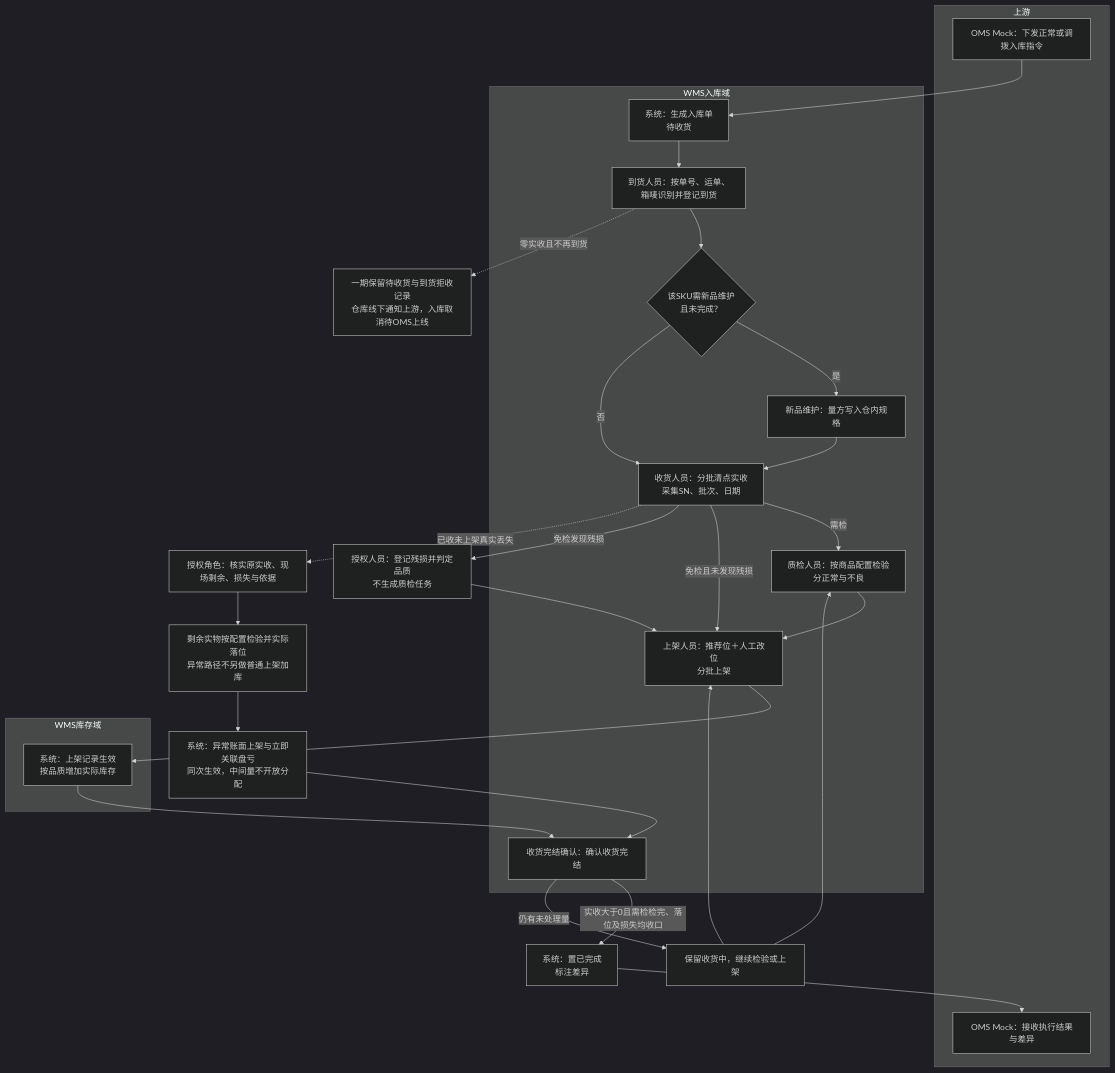
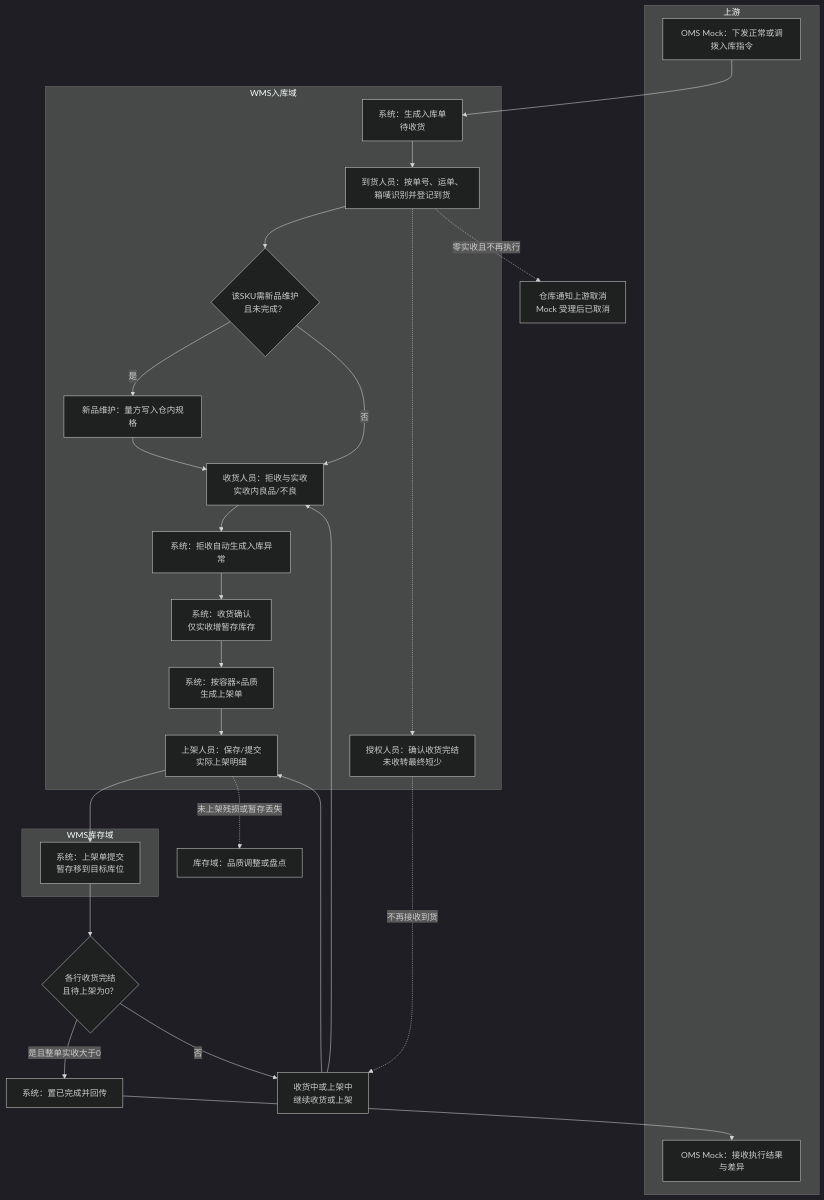
The second of 6 diagrams in 05-应用设计方案/20261002-MVP版本/系统架构设计/01-系统流程与单据交互.md (TopVitamin/QS-WMS-Project), drawn with Mermaid (dark theme) before and after one commit. The commit also changed other lines of this file and 151 other files, not shown here.

````diff
--- a/05-应用设计方案/20261002-MVP版本/系统架构设计/01-系统流程与单据交互.md
+++ b/05-应用设计方案/20261002-MVP版本/系统架构设计/01-系统流程与单据交互.md
@@ -66,43 +72,43 @@
 ```mermaid
 flowchart TB
     subgraph 上游
         M1[OMS Mock：下发正常或调拨入库指令]
         M2[OMS Mock：接收执行结果与差异]
     end
     subgraph WMS入库域
         E1[系统：生成入库单<br/>待收货]
         R1[到货人员：按单号、运单、<br/>箱唛识别并登记到货]
         NM{该SKU需新品维护<br/>且未完成？}
         NP[新品维护：量方写入仓内规格]
-        R2[收货人员：分批清点实收<br/>采集SN、批次、日期]
-        Q1[质检人员：按商品配置检验<br/>分正常与不良]
-        P1[上架人员：推荐位＋人工改位<br/>分批上架]
-        C1[收货完结确认：确认收货完结]
+        R2[收货人员：拒收与实收<br/>实收内良品/不良]
+        DF[系统：拒收自动生成入库异常]
+        ST[系统：收货确认<br/>仅实收增暂存库存]
+        PO[系统：按容器×品质<br/>生成上架单]
+        P1[上架人员：保存/提交<br/>实际上架明细]
+        C1[授权人员：确认收货完结<br/>未收转最终短少]
     end
     subgraph WMS库存域
-        I1[系统：上架记录生效<br/>按品质增加实际库存]
+        I1[系统：上架单提交<br/>暂存移到目标库位]
     end
     M1 --> E1
     E1 --> R1
     R1 --> NM
     NM -->|是| NP
     NP --> R2
     NM -->|否| R2
-    R2 -->|需检| Q1
-    Q1 --> P1
-    R2 -->|免检且未发现残损| P1
-    R2 -->|免检发现残损| Q2[授权人员：登记残损并判定品质<br/>不生成质检任务]
-    Q2 --> P1
+    R2 --> DF
+    DF --> ST
+    ST --> PO
+    PO --> P1
     P1 --> I1
-    I1 --> C1
-    C1 -->|实收大于0且需检检完、落位及损失均收口| E2[系统：置已完成<br/>标注差异]
+    I1 --> G1{各行收货完结<br/>且待上架为0？}
+    G1 -->|是且整单实收大于0| E2[系统：置已完成并回传]
     E2 --> M2
-    C1 -->|仍有未处理量| R3[保留收货中，继续检验或上架]
-    R3 --> Q1
+    G1 -->|否| R3[收货中或上架中<br/>继续收货或上架]
+    R3 --> R2
     R3 --> P1
-    R1 -.->|零实收且不再到货| Z1[一期保留待收货与到货拒收记录<br/>仓库线下通知上游，入库取消待OMS上线]
-    R2 -.->|已收未上架真实丢失| X1[授权角色：核实原实收、现场剩余、损失与依据]
-    X1 --> X2[剩余实物按配置检验并实际落位<br/>异常路径不另做普通上架加库]
-    X2 --> X3[系统：异常账面上架与立即关联盘亏<br/>同次生效，中间量不开放分配]
-    X3 --> C1
+    R1 -.-> C1
+    C1 -.->|不再接收到货| R3
+    R1 -.->|零实收且不再执行| Z1[仓库通知上游取消<br/>Mock 受理后已取消]
+    P1 -.->|未上架残损或暂存丢失| INV[库存域：品质调整或盘点]
 ```
````
